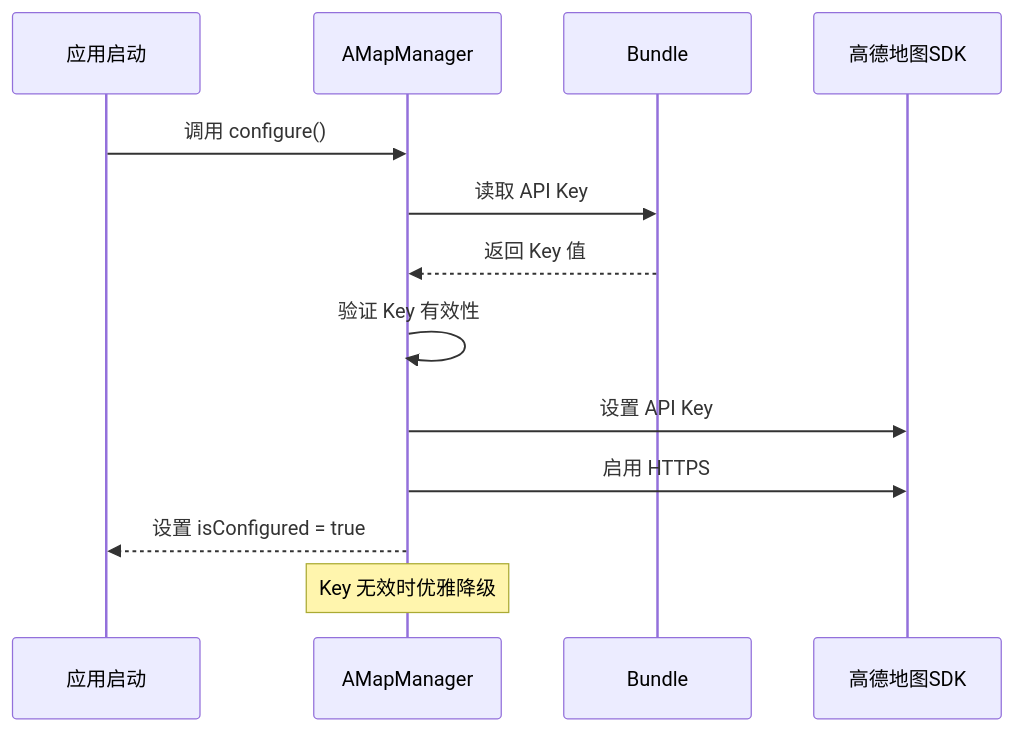
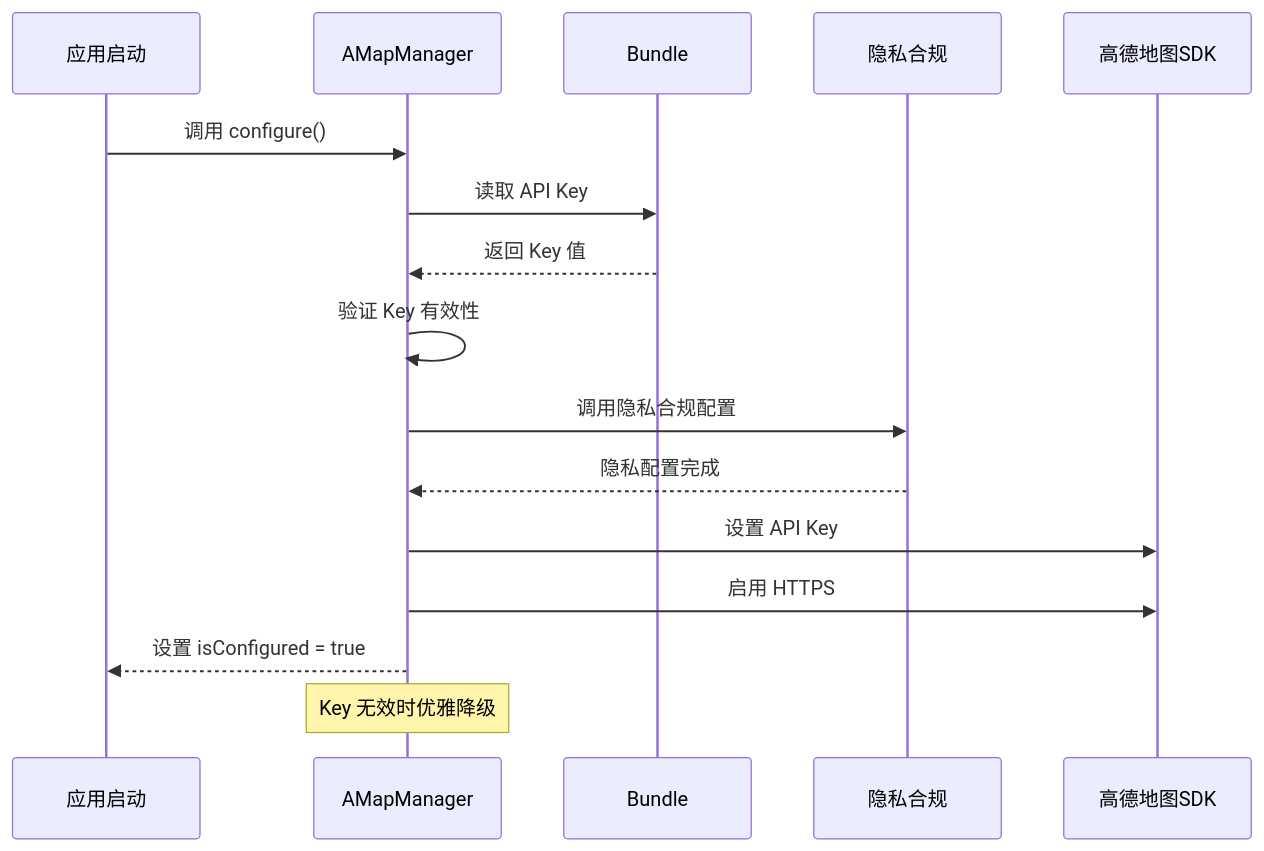
The third of 9 diagrams in .qoder/repowiki/zh/content/架构设计/模块化架构设计/Map 地图模块.md (Jayden23018/blind-run-ios), drawn with Mermaid before and after one commit. The commit also changed other lines of this file and 8 other files, not shown here.

````diff
--- a/.qoder/repowiki/zh/content/架构设计/模块化架构设计/Map 地图模块.md
+++ b/.qoder/repowiki/zh/content/架构设计/模块化架构设计/Map 地图模块.md
@@ -245,15 +271,18 @@
 ```mermaid
 sequenceDiagram
 participant App as 应用启动
 participant AMapManager as AMapManager
 participant Bundle as Bundle
+participant Privacy as 隐私合规
 participant AMapSDK as 高德地图SDK
 App->>AMapManager : 调用 configure()
 AMapManager->>Bundle : 读取 API Key
 Bundle-->>AMapManager : 返回 Key 值
 AMapManager->>AMapManager : 验证 Key 有效性
+AMapManager->>Privacy : 调用隐私合规配置
+Privacy-->>AMapManager : 隐私配置完成
 AMapManager->>AMapSDK : 设置 API Key
 AMapManager->>AMapSDK : 启用 HTTPS
 AMapManager-->>App : 设置 isConfigured = true
 Note over AMapManager : Key 无效时优雅降级
 ```
````
